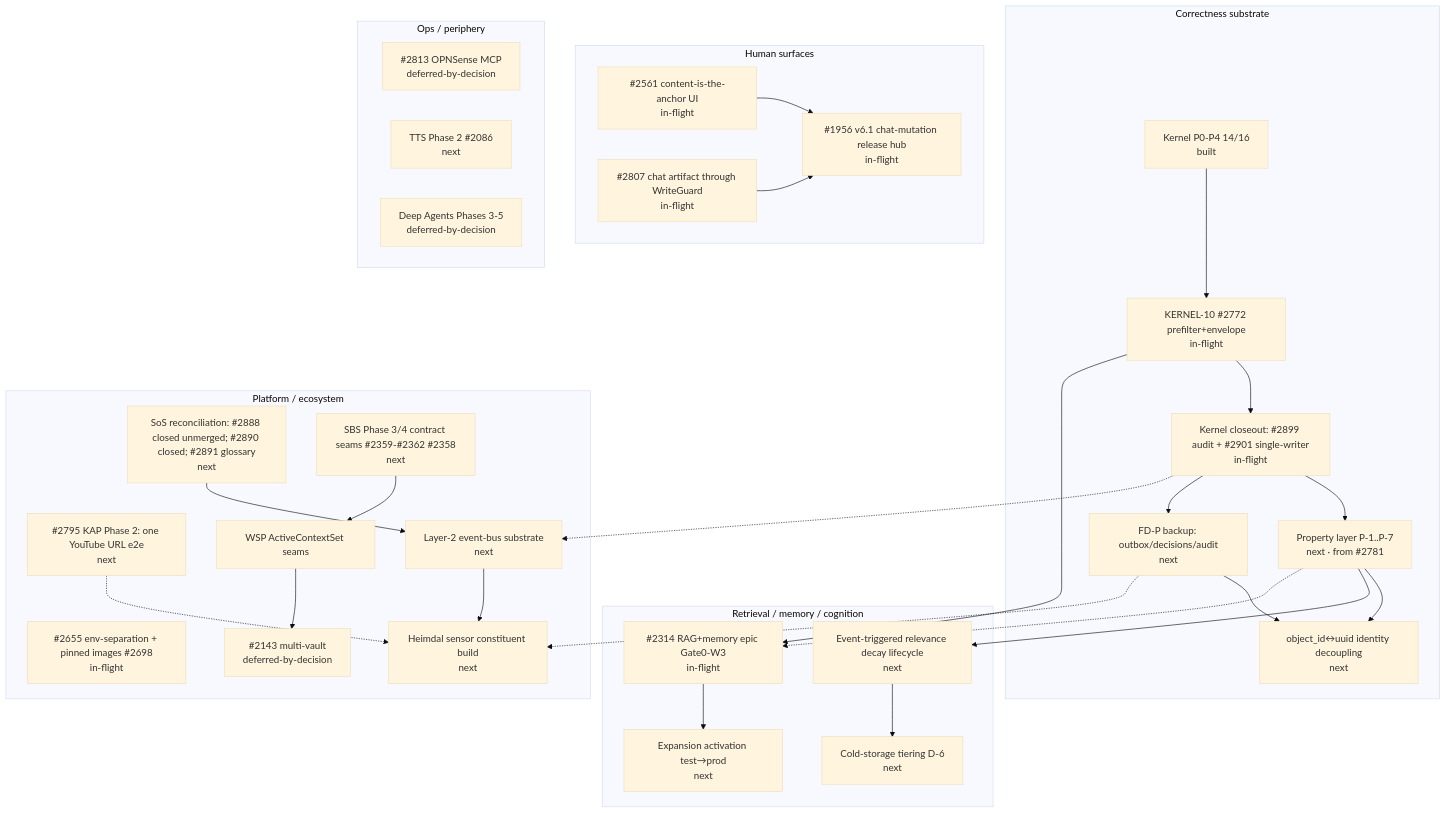
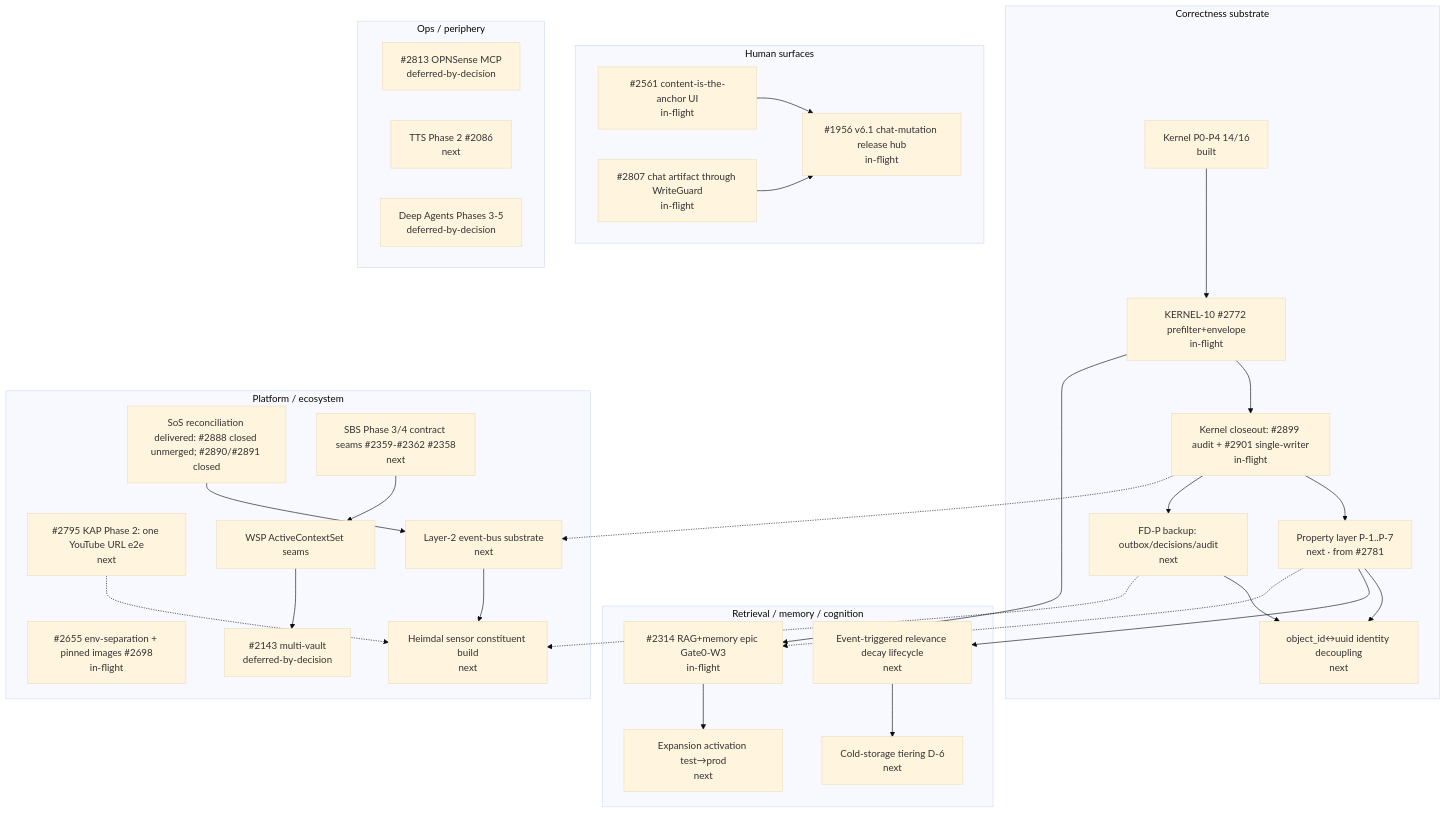
The diagram in docs/architecture/evolution-graph.md (RasmusTho/agentic-pkm-mvp), drawn with Mermaid (base theme) before and after one commit. The commit also changed other lines of this file and 2 other files, not shown here.

Commit message:
Qualify historical SoS reconciliation references

````diff
--- a/docs/architecture/evolution-graph.md
+++ b/docs/architecture/evolution-graph.md
@@ -21,46 +21,46 @@
 ```mermaid
 graph TD
   subgraph Substrate["Correctness substrate"]
     K0[Kernel P0-P4 14/16<br/>built] --> K10[KERNEL-10 #2772 prefilter+envelope<br/>in-flight]
     K10 --> KCLOSE[Kernel closeout: #2899 audit + #2901 single-writer<br/>in-flight]
     KCLOSE --> PROPS[Property layer P-1..P-7<br/>next  · from #2781]
     KCLOSE --> BACKUP[FD-P backup: outbox/decisions/audit<br/>next]
     PROPS --> IDENT[object_id↔uuid identity decoupling<br/>next]
     BACKUP --> IDENT
   end
 
   subgraph Cognition["Retrieval / memory / cognition"]
     K10 --> RAG[#2314 RAG+memory epic Gate0-W3<br/>in-flight]
     RAG --> EXPAND[Expansion activation test→prod<br/>next]
     PROPS --> DECAY[Event-triggered relevance decay lifecycle<br/>next]
     DECAY --> COLD[Cold-storage tiering D-6<br/>next]
   end
 
   subgraph Surfaces["Human surfaces"]
     UI[#2561 content-is-the-anchor UI<br/>in-flight] --> V61[#1956 v6.1 chat-mutation release hub<br/>in-flight]
     CHAT[#2807 chat artifact through WriteGuard<br/>in-flight] --> V61
   end
 
   subgraph Platform["Platform / ecosystem"]
     DEPLOY[#2655 env-separation + pinned images #2698<br/>in-flight]
-    SOS[SoS reconciliation: #2888 closed unmerged; #2890 closed; #2891 glossary<br/>next]
+    SOS[SoS reconciliation delivered: #2888 closed unmerged; #2890/#2891 closed]
     KAP2[#2795 KAP Phase 2: one YouTube URL e2e<br/>next]
     SOS --> BUS[Layer-2 event-bus substrate<br/>next]
     KCLOSE -.-> BUS
     BUS --> HEIM[Heimdal sensor constituent build<br/>next]
     KAP2 -.-> HEIM
     SBS34[SBS Phase 3/4 contract seams #2359-#2362 #2358<br/>next]
     MV[#2143 multi-vault<br/>deferred-by-decision]
     WSP[WSP ActiveContextSet seams] --> MV
     SBS34 --> WSP
   end
 
   subgraph Ops["Ops / periphery"]
     OPN[#2813 OPNSense MCP<br/>deferred-by-decision]
     TTS[TTS Phase 2 #2086<br/>next]
     DEEP[Deep Agents Phases 3-5<br/>deferred-by-decision]
   end
 
   PROPS -.-> RAG
   BACKUP -.-> HEIM
 ```
````
